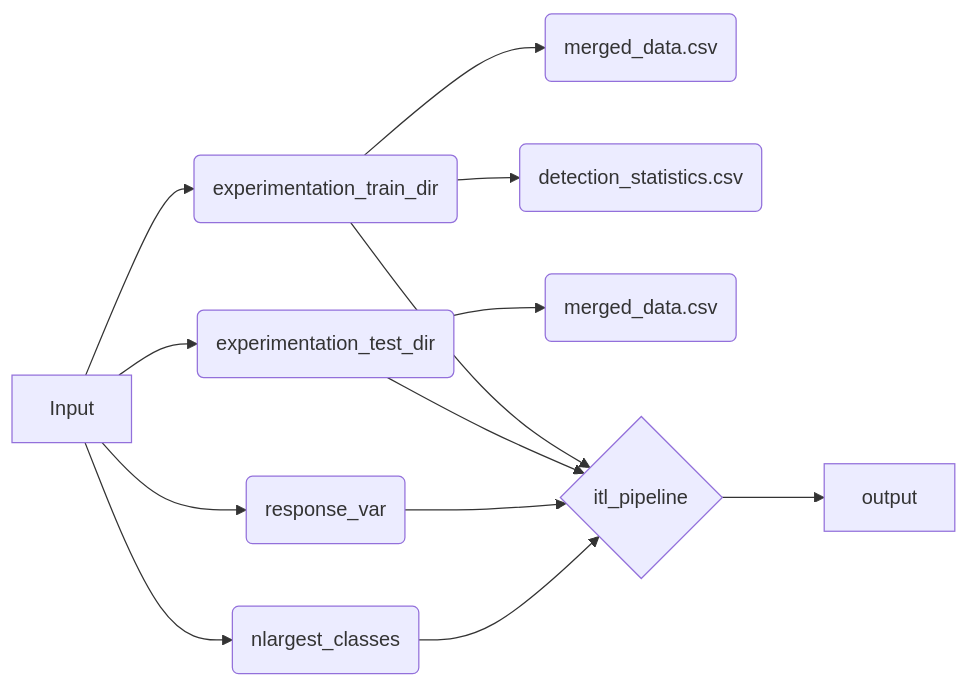
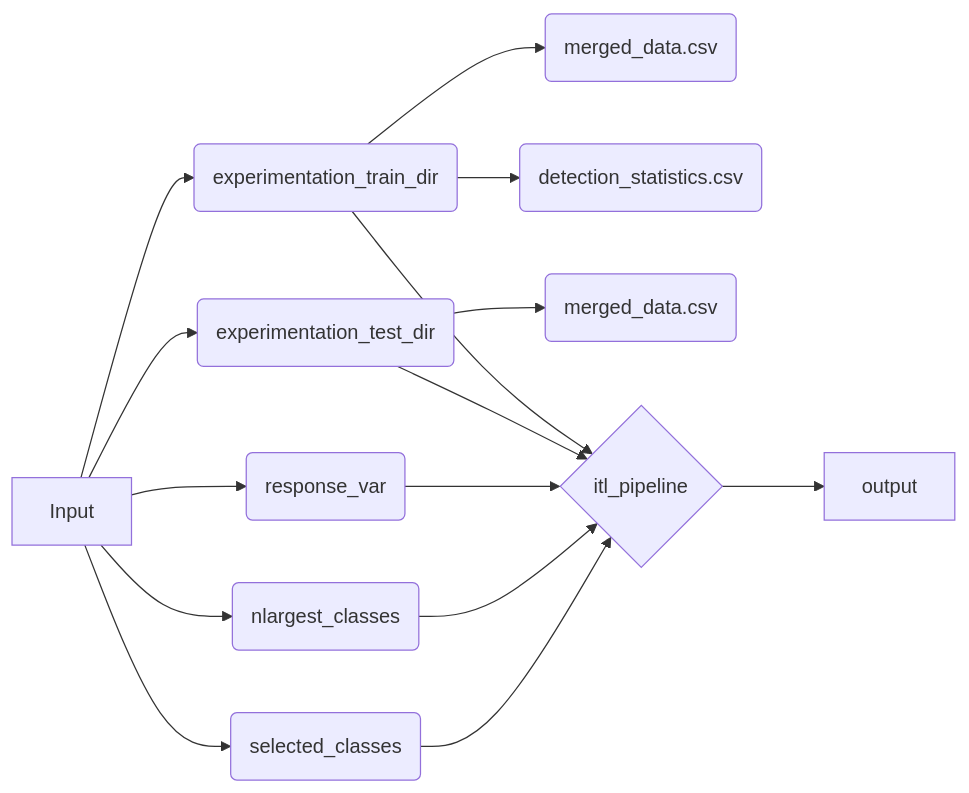
Before and after one commit to pdkengne/evops_manual: the ninth of 10 diagrams in data-operations.qmd, drawn with Mermaid. The commit also changed other lines of this file and 2 other files, not shown here.

Commit message:
add the parameter selected_classes to the itl_pipeline

````diff
--- a/data-operations.qmd
+++ b/data-operations.qmd
@@ -319,15 +324,17 @@
 ```{mermaid}
 flowchart LR
   I[Input] --> A(experimentation_train_dir)
   A --> A1(merged_data.csv)
   A --> A2(detection_statistics.csv)
   I[Input] --> B(experimentation_test_dir)
   B --> B1(merged_data.csv)
   I --> D(nlargest_classes)
+  I --> D2(selected_classes)
   I --> C(response_var)
   A --> E{itl_pipeline}
   B --> E
   C --> E
   D --> E
+  D2 --> E
   E --> O[output]
 ```
````
